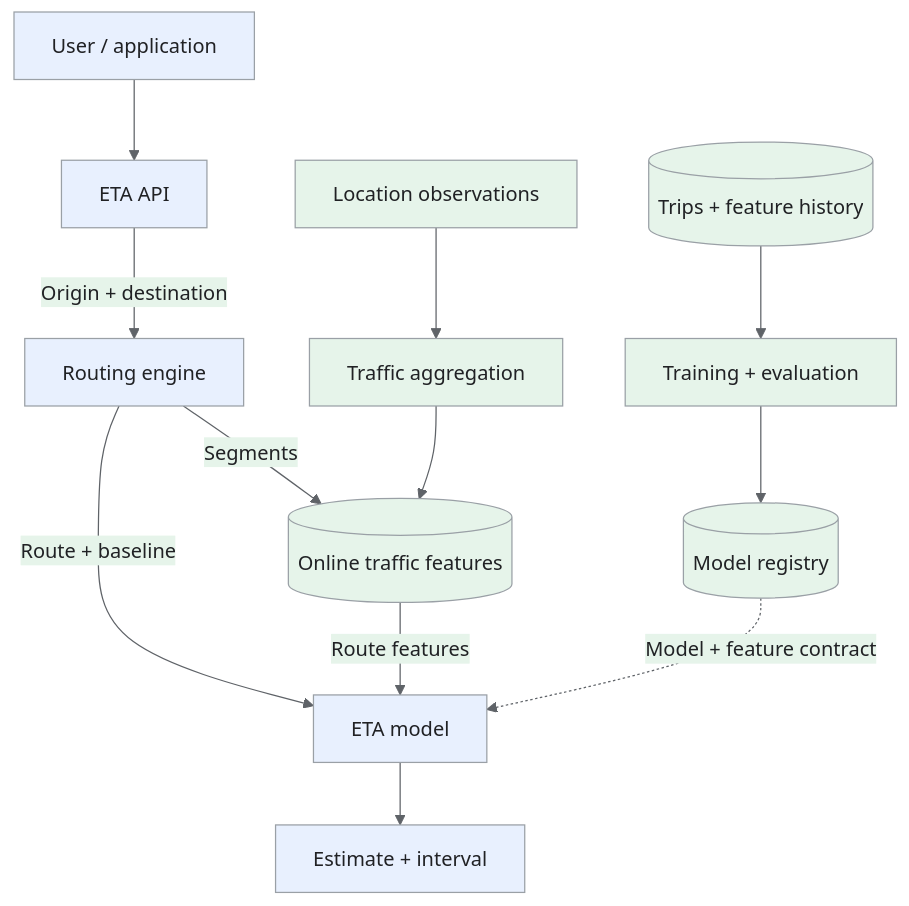
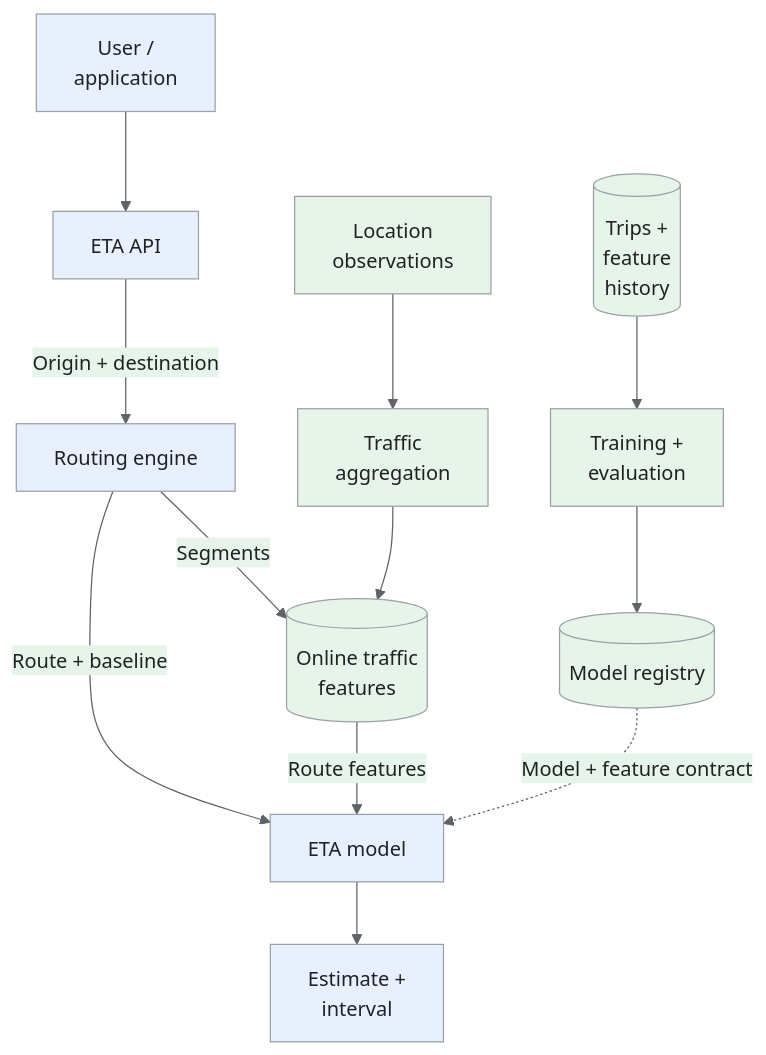
Before and after one commit to iliazlobin/iliazlobin.github.io: the first of 5 diagrams in _designs/ml-system-design-eta-arrival-time-prediction.md, drawn with Mermaid. The commit also changed other lines of this file and 116 other files, not shown here.

````diff
--- a/_designs/ml-system-design-eta-arrival-time-prediction.md
+++ b/_designs/ml-system-design-eta-arrival-time-prediction.md
@@ -150,21 +133,21 @@
 ```mermaid
 %%{init: {'theme':'base','themeVariables':{'primaryColor':'#e8f0fe','primaryTextColor':'#202124','primaryBorderColor':'#9aa0a6','lineColor':'#5f6368','secondaryColor':'#e6f4ea','tertiaryColor':'#fef7e0','actorBkg':'#e8f0fe','actorBorder':'#9aa0a6','actorTextColor':'#202124','noteBkgColor':'#fef7e0','noteTextColor':'#202124','noteBorderColor':'#9aa0a6','signalColor':'#5f6368','signalTextColor':'#202124','labelBoxBkgColor':'#fef7e0','labelBoxBorderColor':'#9aa0a6'}}}%%
 flowchart TB
-  U["User / application"] --> API["ETA API"]
+  U["User /<br>application"] --> API["ETA API"]
   API -->|"Origin + destination"| ROUTE["Routing engine"]
   ROUTE -->|"Route + baseline"| MODEL["ETA model"]
-  ROUTE -->|"Segments"| FEATURES[("Online traffic features")]
+  ROUTE -->|"Segments"| FEATURES[("Online traffic<br>features")]
   FEATURES -->|"Route features"| MODEL
-  MODEL --> RESULT["Estimate + interval"]
-  GPS["Location observations"] --> AGG["Traffic aggregation"]
+  MODEL --> RESULT["Estimate +<br>interval"]
+  GPS["Location<br>observations"] --> AGG["Traffic<br>aggregation"]
   AGG --> FEATURES
-  TRIPS[("Trips + feature history")] --> TRAIN["Training + evaluation"]
+  TRIPS[("Trips +<br>feature<br>history")] --> TRAIN["Training +<br>evaluation"]
   TRAIN --> REG[("Model registry")]
   REG -.->|"Model + feature contract"| MODEL
 classDef request fill:#e8f0fe,stroke:#9aa0a6,color:#202124;
 classDef data fill:#e6f4ea,stroke:#9aa0a6,color:#202124;
 classDef control fill:#fef7e0,stroke:#9aa0a6,color:#202124;
 class U,API,ROUTE,MODEL,RESULT request;
 class FEATURES,GPS,AGG,TRIPS,TRAIN,REG data;
 
 ```
````
